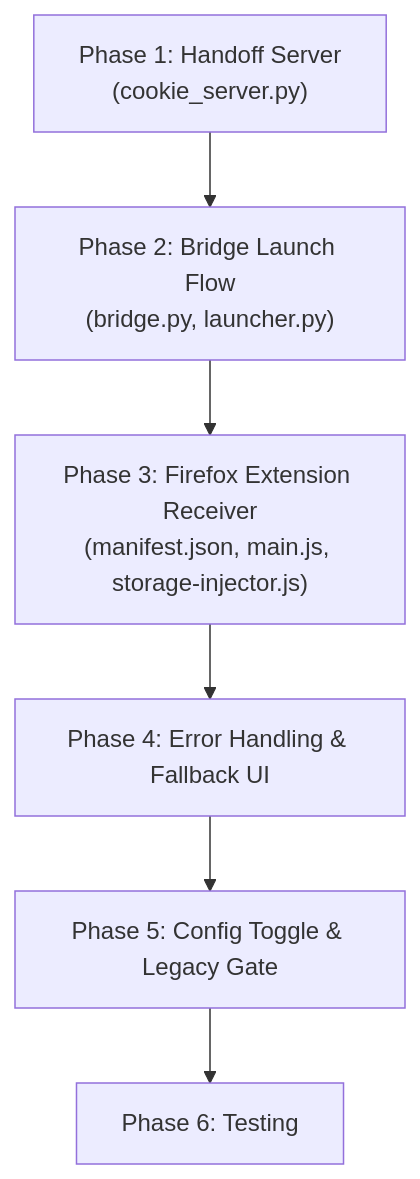
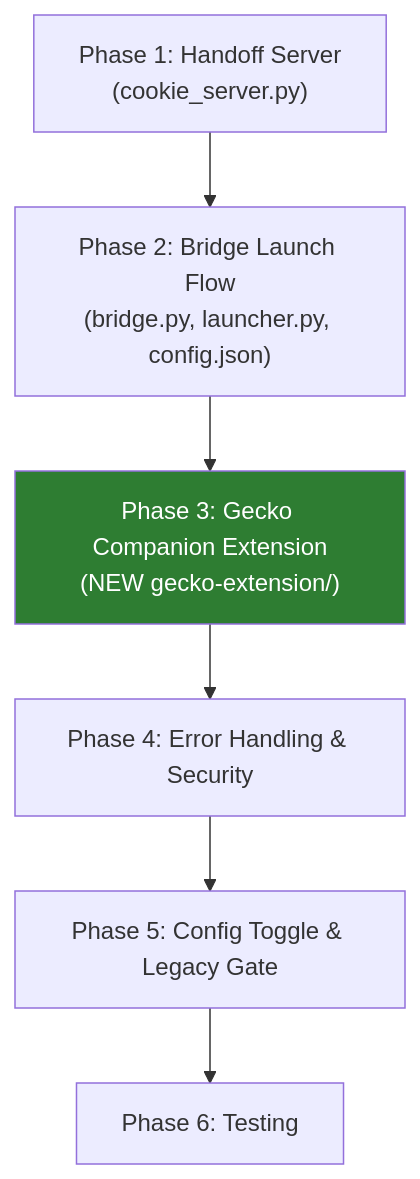
One commit to faisalbhuiyan3038/ChromiumBridge changed the diagram in approach_a_implementation_plan.md. Above: the diagram before and after it, drawn with Mermaid. The commit also changed other lines of this file and 26 other files, not shown here.

````diff
--- a/approach_a_implementation_plan.md
+++ b/approach_a_implementation_plan.md
@@ -221,8 +246,10 @@
 ```mermaid
 graph TD
-    A["Phase 1: Handoff Server<br/>(cookie_server.py)"] --> B["Phase 2: Bridge Launch Flow<br/>(bridge.py, launcher.py)"]
-    B --> C["Phase 3: Firefox Extension Receiver<br/>(manifest.json, main.js, storage-injector.js)"]
-    C --> D["Phase 4: Error Handling & Fallback UI"]
+    A["Phase 1: Handoff Server<br/>(cookie_server.py)"] --> B["Phase 2: Bridge Launch Flow<br/>(bridge.py, launcher.py, config.json)"]
+    B --> C["Phase 3: Gecko Companion Extension<br/>(NEW gecko-extension/)"]
+    C --> D["Phase 4: Error Handling & Security"]
     D --> E["Phase 5: Config Toggle & Legacy Gate"]
     E --> F["Phase 6: Testing"]
+
+    style C fill:#2e7d32,color:#fff
 ```
````
